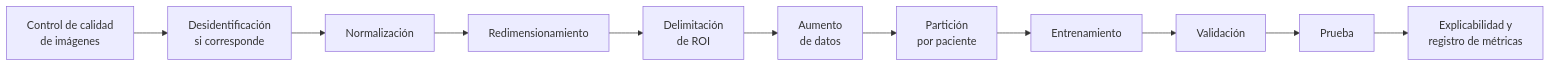
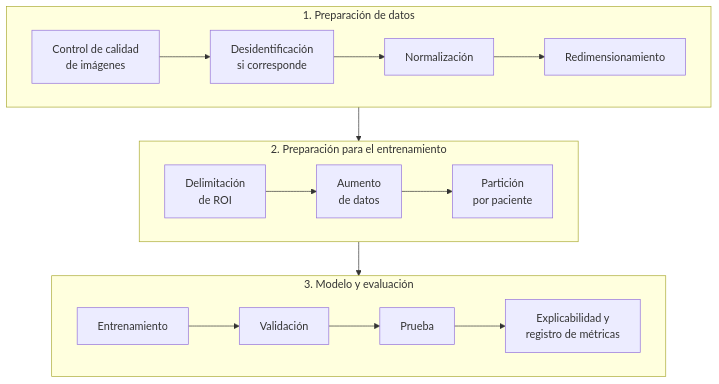
The diagram in ejecucion/modelo-ia.md (CamiloMutis/colorrectalai-gitbook), drawn with Mermaid before and after one commit. The commit also changed 2 other files, not shown here.

Commit message:
Agregar vista previa local y reorganizar el diagrama del pipeline
La carpeta vista-previa permite ver la documentación en el navegador con un servidor local (instrucciones en vista-previa/COMO-VER.txt). El diagrama del pipeline de IA queda dividido en tres etapas para que sea legible.

````diff
--- a/ejecucion/modelo-ia.md
+++ b/ejecucion/modelo-ia.md
@@ -9,13 +9,21 @@
 ```mermaid
-flowchart LR
-    A[Control de calidad<br/>de imágenes] --> B[Desidentificación<br/>si corresponde]
-    B --> C[Normalización]
-    C --> D[Redimensionamiento]
-    D --> E[Delimitación<br/>de ROI]
-    E --> F[Aumento<br/>de datos]
-    F --> G[Partición<br/>por paciente]
-    G --> H[Entrenamiento]
-    H --> I[Validación]
-    I --> J[Prueba]
-    J --> K[Explicabilidad y<br/>registro de métricas]
+flowchart TB
+    subgraph P1 [1. Preparación de datos]
+        direction LR
+        A[Control de calidad<br/>de imágenes] --> B[Desidentificación<br/>si corresponde]
+        B --> C[Normalización]
+        C --> D[Redimensionamiento]
+    end
+    subgraph P2 [2. Preparación para el entrenamiento]
+        direction LR
+        E[Delimitación<br/>de ROI] --> F[Aumento<br/>de datos]
+        F --> G[Partición<br/>por paciente]
+    end
+    subgraph P3 [3. Modelo y evaluación]
+        direction LR
+        H[Entrenamiento] --> I[Validación]
+        I --> J[Prueba]
+        J --> K[Explicabilidad y<br/>registro de métricas]
+    end
+    P1 --> P2 --> P3
 ```
````
